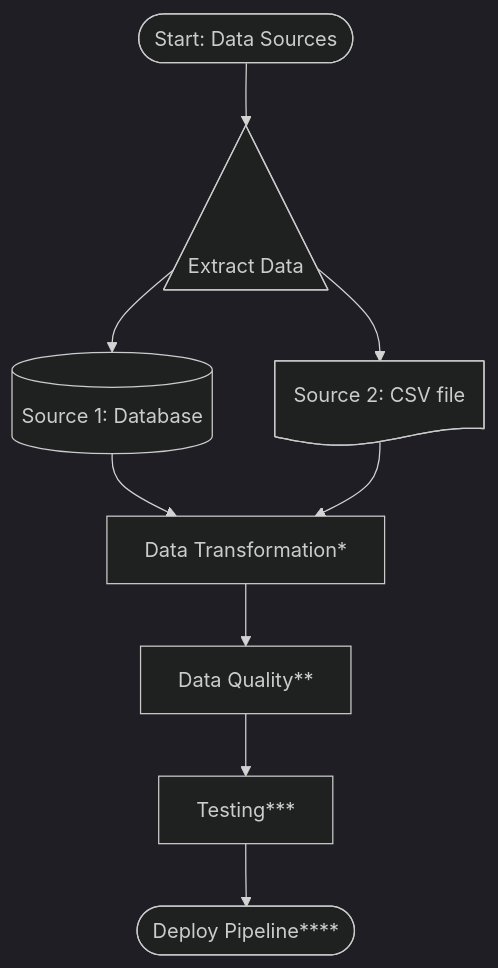
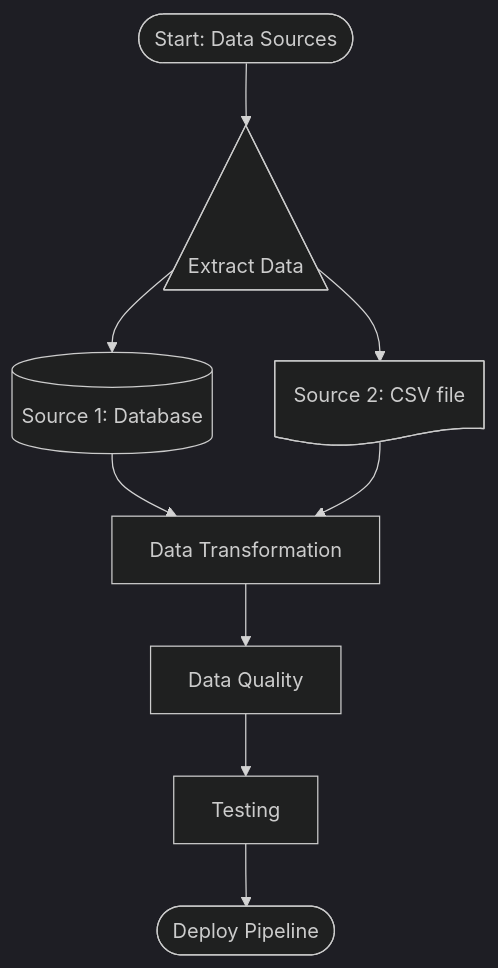
One commit to tungstennn/etl-example changed the first of 4 diagrams in walkthough-activities/activity-2.md. Above: the diagram before and after it, drawn with Mermaid (dark theme).

````diff
--- a/walkthough-activities/activity-2.md
+++ b/walkthough-activities/activity-2.md
@@ -11,13 +11,13 @@
 ```mermaid
 flowchart TD
     A@{ shape: stadium, label: "Start: Data Sources"} --> B@{ shape: tri, label: "Extract Data"}
     B --> C1@{ shape: cyl, label: "Source 1: Database"}
     B --> C2@{shape: doc, label: "Source 2: CSV file"}
-    C1 --> D[Data Cleaning*]
-    C2 --> D[Data Transformation*]
-    D --> E[Data Quality**]
-    E --> F[Testing***]
-    F --> G([Deploy Pipeline****])
+    C1 --> D[Data Cleaning]
+    C2 --> D[Data Transformation]
+    D --> E[Data Quality]
+    E --> F[Testing]
+    F --> G([Deploy Pipeline])
     
 
 ```
````
